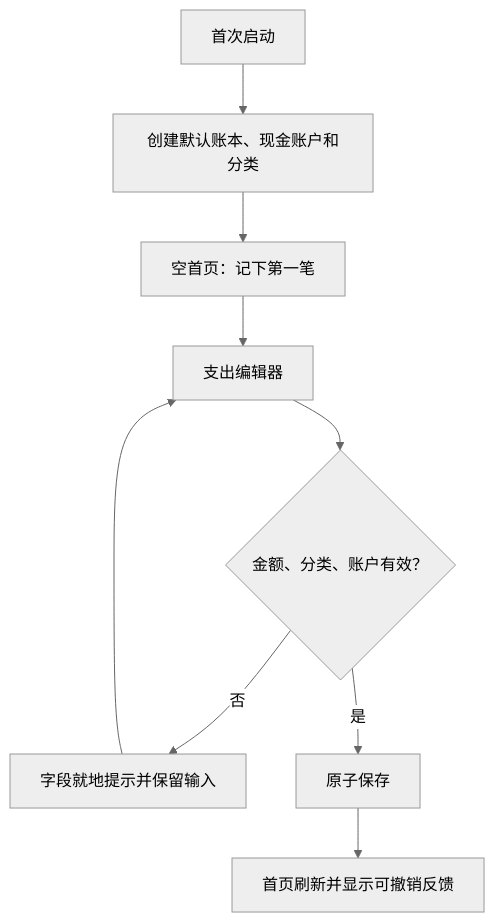
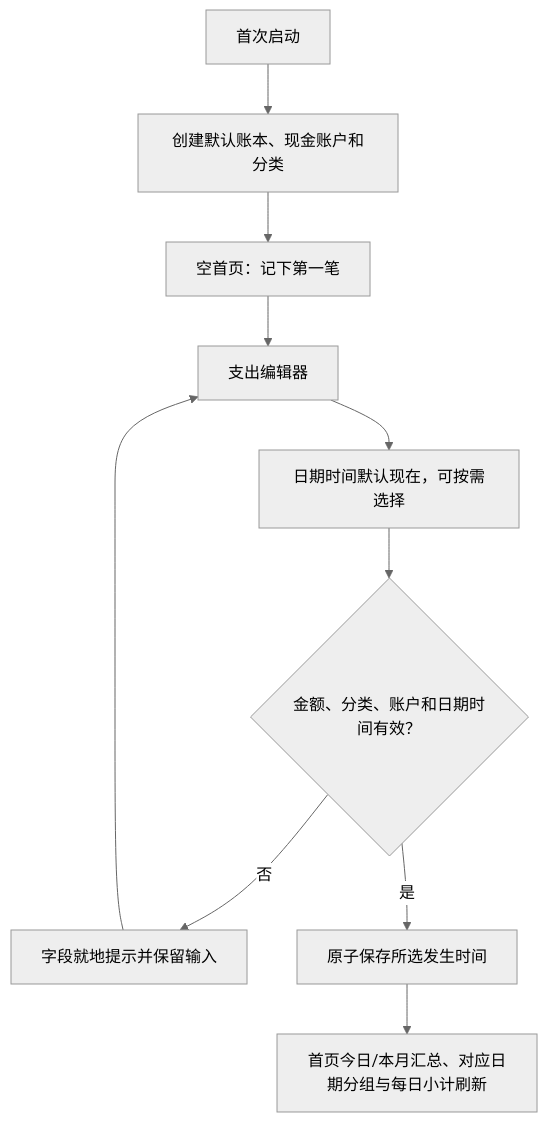
One commit to LanJ123/PersonalBookkeeping changed the first of 3 diagrams in docs/02-design/ui/03-interaction-flows.md. Above: the diagram before and after it, drawn with Mermaid (neutral theme). The commit also changed other lines of this file and 101 other files, not shown here.

````diff
--- a/docs/02-design/ui/03-interaction-flows.md
+++ b/docs/02-design/ui/03-interaction-flows.md
@@ -5,11 +5,12 @@
 ```mermaid
 flowchart TD
     A["首次启动"] --> B["创建默认账本、现金账户和分类"]
     B --> C["空首页：记下第一笔"]
     C --> D["支出编辑器"]
-    D --> E{"金额、分类、账户有效？"}
-    E -- "否" --> F["字段就地提示并保留输入"]
-    F --> D
-    E -- "是" --> G["原子保存"]
-    G --> H["首页刷新并显示可撤销反馈"]
+    D --> E["日期时间默认现在，可按需选择"]
+    E --> F{"金额、分类、账户和日期时间有效？"}
+    F -- "否" --> G["字段就地提示并保留输入"]
+    G --> D
+    F -- "是" --> H["原子保存所选发生时间"]
+    H --> I["首页今日/本月汇总、对应日期分组与每日小计刷新"]
 ```
````
